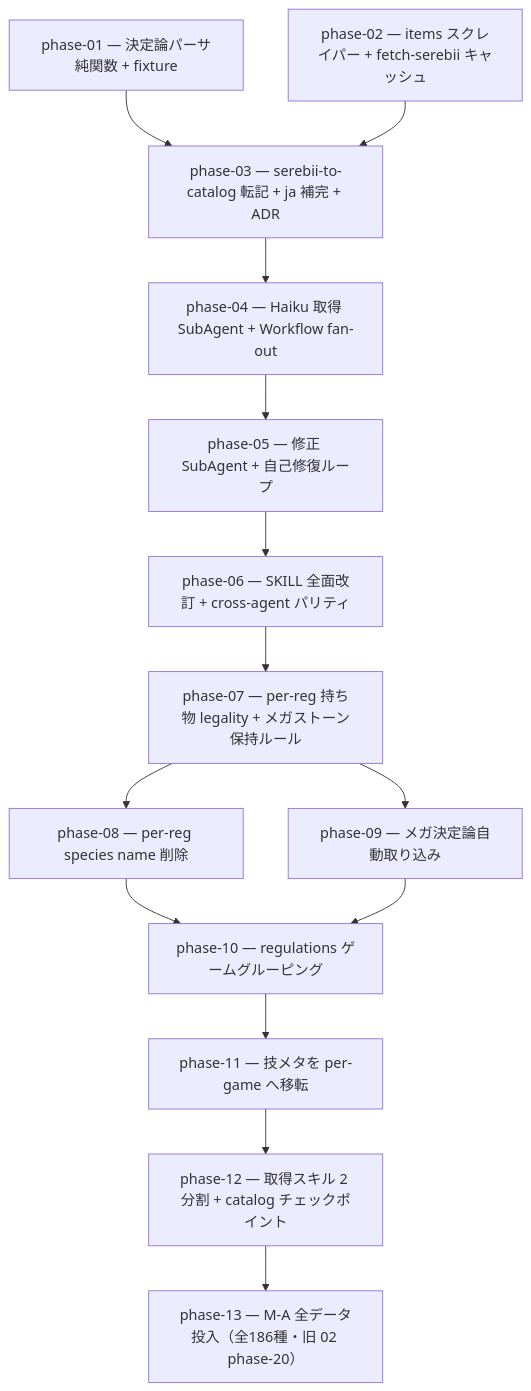
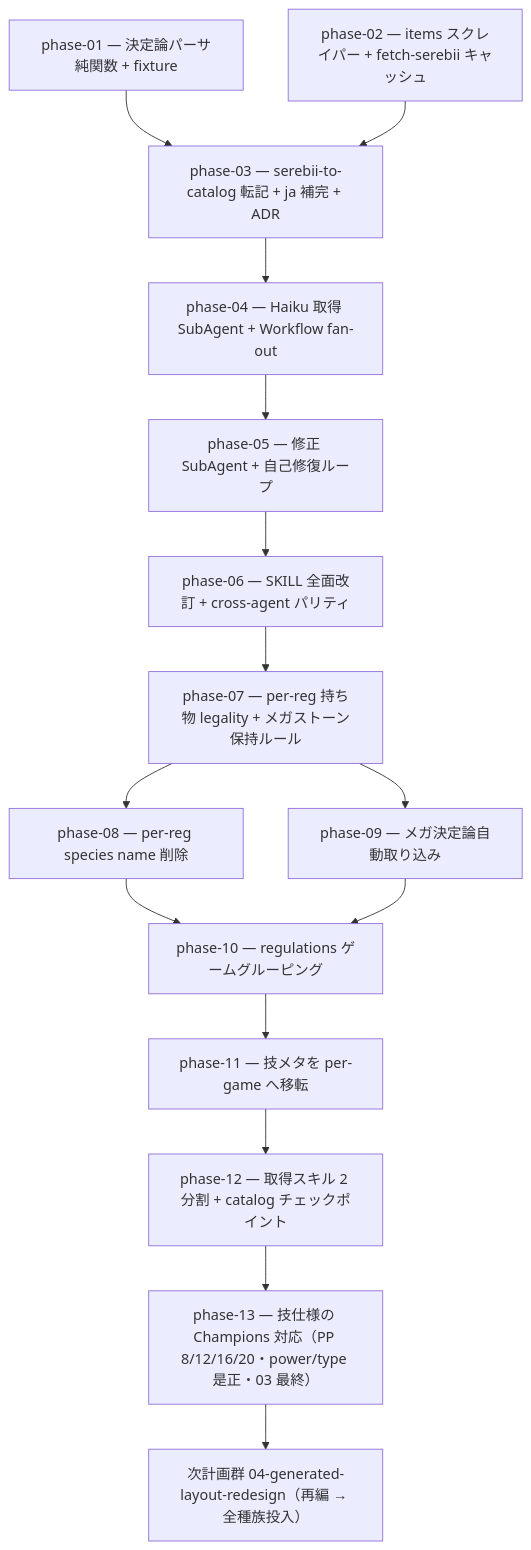
Before and after one commit to subroh0508/pokeform: the diagram in docs/plan/03-survey-regulation-rework/README.md, drawn with Mermaid. The commit also changed other lines of this file and 21 other files, not shown here.

First line of the commit message:
docs(plan): 04-generated-layout-redesign 新設 + 03 に技仕対応 Phase 13 挿入・全種族投入を 04 Phase 4 へ移動

````diff
--- a/docs/plan/03-survey-regulation-rework/README.md
+++ b/docs/plan/03-survey-regulation-rework/README.md
@@ -17,16 +22,17 @@
 ```mermaid
 flowchart TD
     P1[phase-01 — 決定論パーサ純関数 + fixture] --> P3[phase-03 — serebii-to-catalog 転記 + ja 補完 + ADR]
     P2[phase-02 — items スクレイパー + fetch-serebii キャッシュ] --> P3
     P3 --> P4[phase-04 — Haiku 取得 SubAgent + Workflow fan-out]
     P4 --> P5[phase-05 — 修正 SubAgent + 自己修復ループ]
     P5 --> P6[phase-06 — SKILL 全面改訂 + cross-agent パリティ]
     P6 --> P7[phase-07 — per-reg 持ち物 legality + メガストーン保持ルール]
     P7 --> P8[phase-08 — per-reg species name 削除]
     P7 --> P9[phase-09 — メガ決定論自動取り込み]
     P8 --> P10[phase-10 — regulations ゲームグルーピング]
     P9 --> P10
     P10 --> P11[phase-11 — 技メタを per-game へ移転]
     P11 --> P12[phase-12 — 取得スキル 2 分割 + catalog チェックポイント]
-    P12 --> P13[phase-13 — M-A 全データ投入（全186種・旧 02 phase-20）]
+    P12 --> P13[phase-13 — 技仕様の Champions 対応（PP 8/12/16/20・power/type 是正・03 最終）]
+    P13 --> PLAN04[次計画群 04-generated-layout-redesign（再編 → 全種族投入）]
 ```
````
